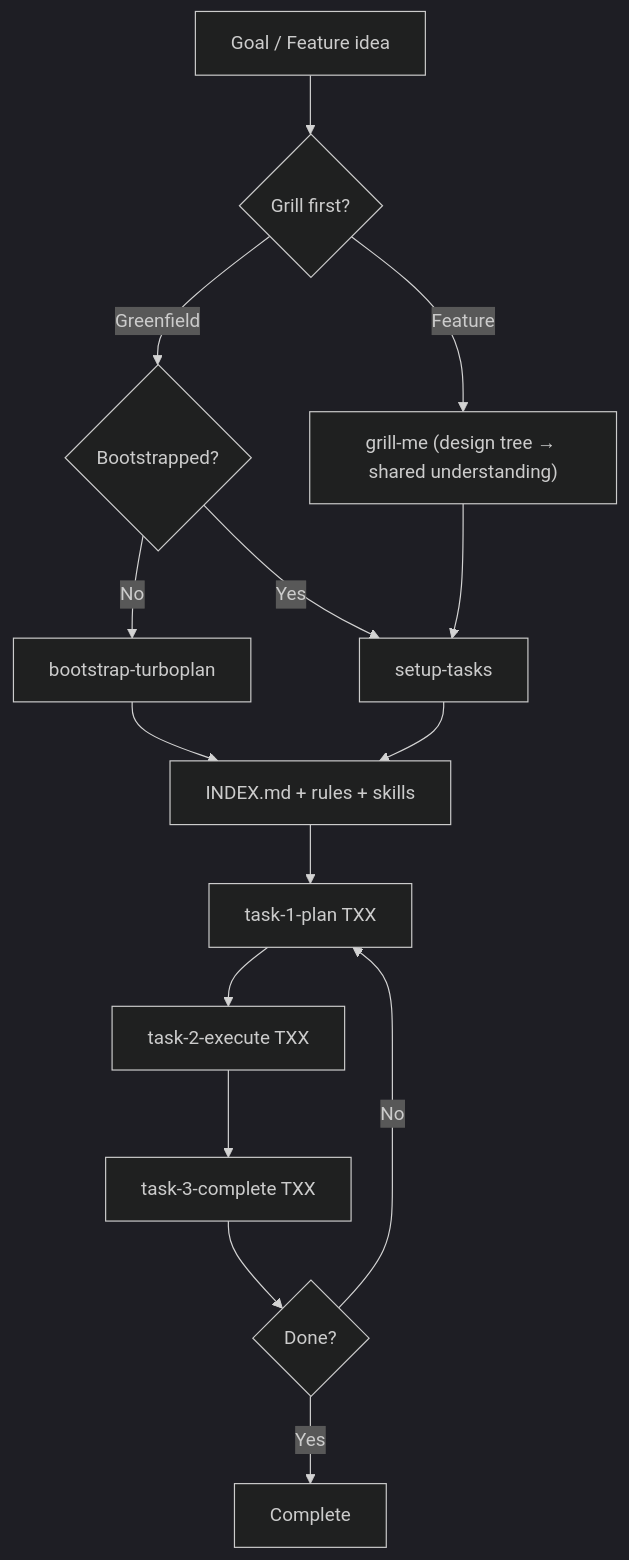
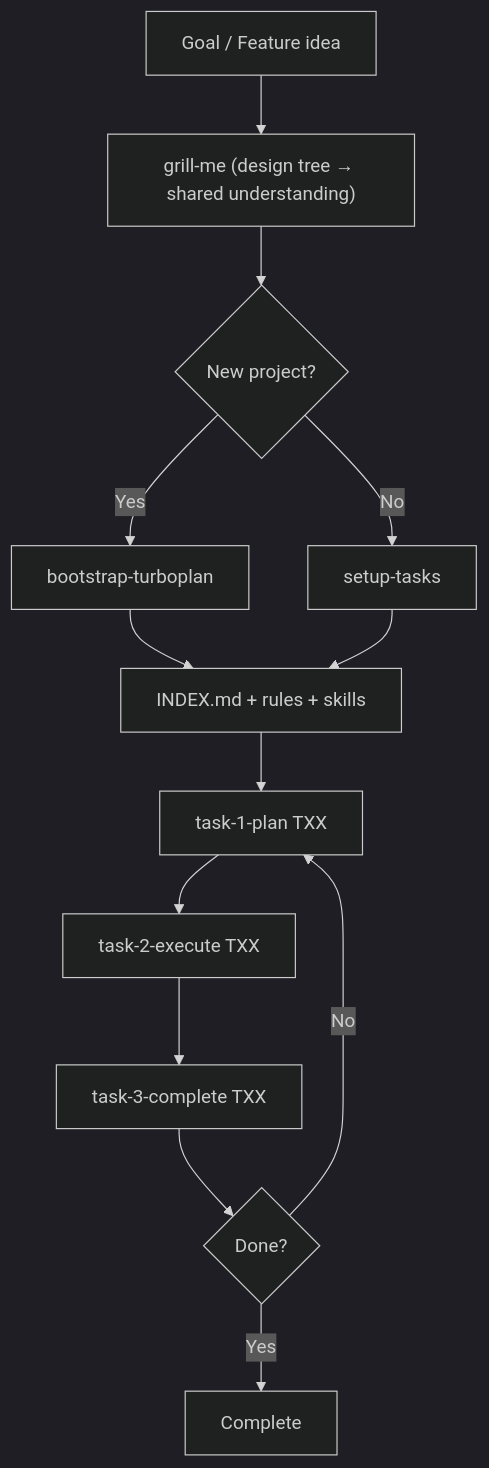
Before and after one commit to commoddity/turboplan: the first of 2 diagrams in METHODOLOGY.md, drawn with Mermaid (dark theme). The commit also changed other lines of this file and 1 other file, not shown here.

Commit message:
chore: update docs from grill-me

````diff
--- a/METHODOLOGY.md
+++ b/METHODOLOGY.md
@@ -27,17 +31,15 @@
 ```mermaid
 flowchart TD
-    A[Goal / Feature idea] --> GA{Grill first?}
-    GA -->|Feature| GR["grill-me (design tree → shared understanding)"]
-    GA -->|Greenfield| B{Bootstrapped?}
-    B -->|No| C[bootstrap-turboplan]
-    B -->|Yes| D[setup-tasks]
-    GR --> D
+    A[Goal / Feature idea] --> GR["grill-me (design tree → shared understanding)"]
+    GR --> B{New project?}
+    B -->|Yes| C[bootstrap-turboplan]
+    B -->|No| D[setup-tasks]
     C --> E["INDEX.md + rules + skills"]
     D --> E
     E --> F["task-1-plan TXX"]
     F --> G["task-2-execute TXX"]
     G --> H["task-3-complete TXX"]
     H --> I{Done?}
     I -->|No| F
     I -->|Yes| J[Complete]
 ```
````
